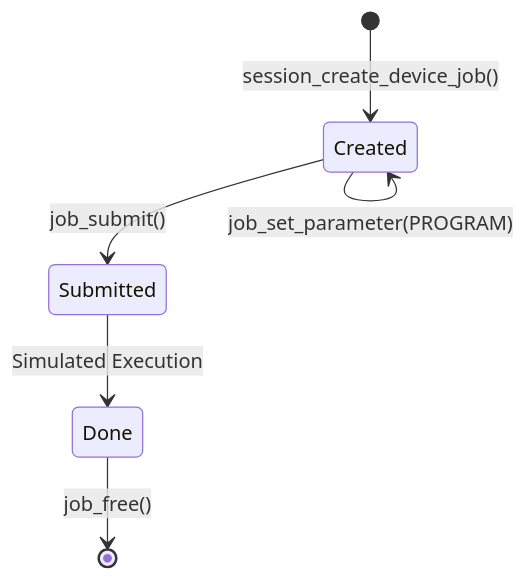
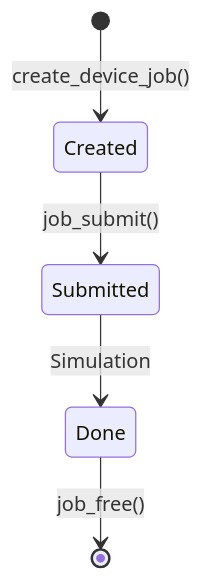
The fourth of 4 diagrams in docs/tutorial.md (Munich-Quantum-Software-Stack/QDMI), drawn with Mermaid before and after one commit. The commit also changed other lines of this file, not shown here.

````diff
--- a/docs/tutorial.md
+++ b/docs/tutorial.md
@@ -349,8 +262,9 @@
 ```mermaid
 stateDiagram-v2
-    [*] --> Created: session_create_device_job()
-    Created --> Created: job_set_parameter(PROGRAM)
+    accTitle: Job Handling Lifecycle
+    accDescr: State diagram showing a job's journey from creation to submission and completion.
+    [*] --> Created: create_device_job()
     Created --> Submitted: job_submit()
-    Submitted --> Done: Simulated Execution
+    Submitted --> Done: Simulation
     Done --> [*]: job_free()
 ```
````
